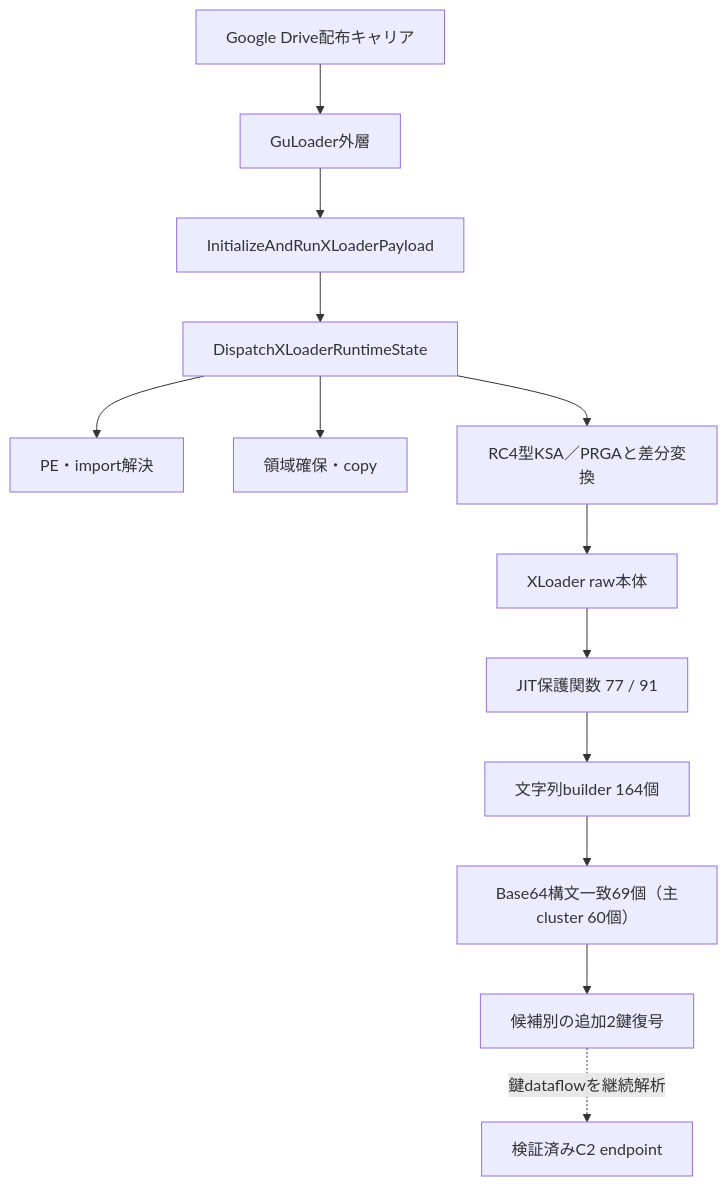
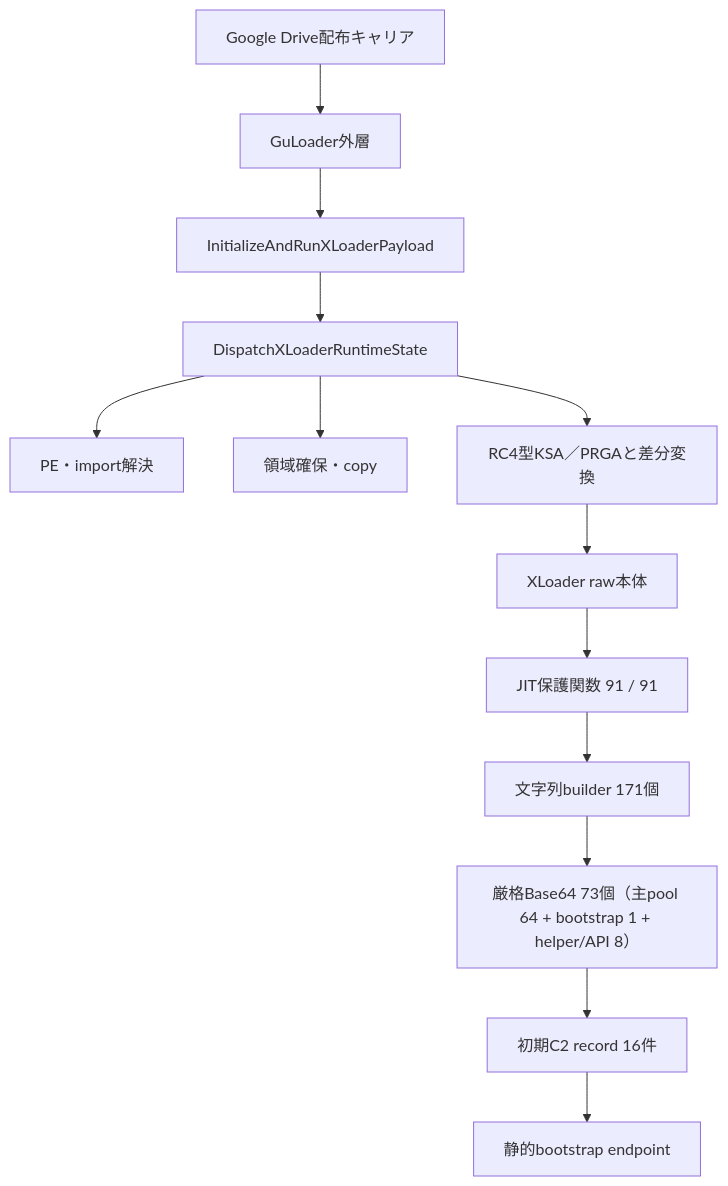
Before and after one commit to proshiba/AI-security-analysis: the first of 2 diagrams in analysis-results/malware/guloader/versions/unknown/cases/8d96249aa92bee27d9ac8ffa8e32e3f8dd3a5c77cbe541b1d0cc97f37e962a1e/XLOADER-STATIC-RECOVERY.md, drawn with Mermaid. The commit also changed other lines of this file and 66 other files, not shown here.

````diff
--- a/analysis-results/malware/guloader/versions/unknown/cases/8d96249aa92bee27d9ac8ffa8e32e3f8dd3a5c77cbe541b1d0cc97f37e962a1e/XLOADER-STATIC-RECOVERY.md
+++ b/analysis-results/malware/guloader/versions/unknown/cases/8d96249aa92bee27d9ac8ffa8e32e3f8dd3a5c77cbe541b1d0cc97f37e962a1e/XLOADER-STATIC-RECOVERY.md
@@ -18,15 +18,15 @@
 ```mermaid
 flowchart TD
     carrier["Google Drive配布キャリア"] --> guloader["GuLoader外層"]
     guloader --> vm_init["InitializeAndRunXLoaderPayload"]
     vm_init --> vm_dispatch["DispatchXLoaderRuntimeState"]
     vm_dispatch --> pe["PE・import解決"]
     vm_dispatch --> memory["領域確保・copy"]
     vm_dispatch --> rc4_outer["RC4型KSA／PRGAと差分変換"]
     rc4_outer --> xloader["XLoader raw本体"]
-    xloader --> protected["JIT保護関数 77 / 91"]
-    protected --> builders["文字列builder 164個"]
-    builders --> c2_cluster["Base64構文一致69個（主cluster 60個）"]
-    c2_cluster --> layered["候補別の追加2鍵復号"]
-    layered -. "鍵dataflowを継続解析" .-> endpoint["検証済みC2 endpoint"]
+    xloader --> protected["JIT保護関数 91 / 91"]
+    protected --> builders["文字列builder 171個"]
+    builders --> c2_cluster["厳格Base64 73個（主pool 64 + bootstrap 1 + helper/API 8）"]
+    c2_cluster --> records["初期C2 record 16件"]
+    records --> endpoint["静的bootstrap endpoint"]
 ```
````
